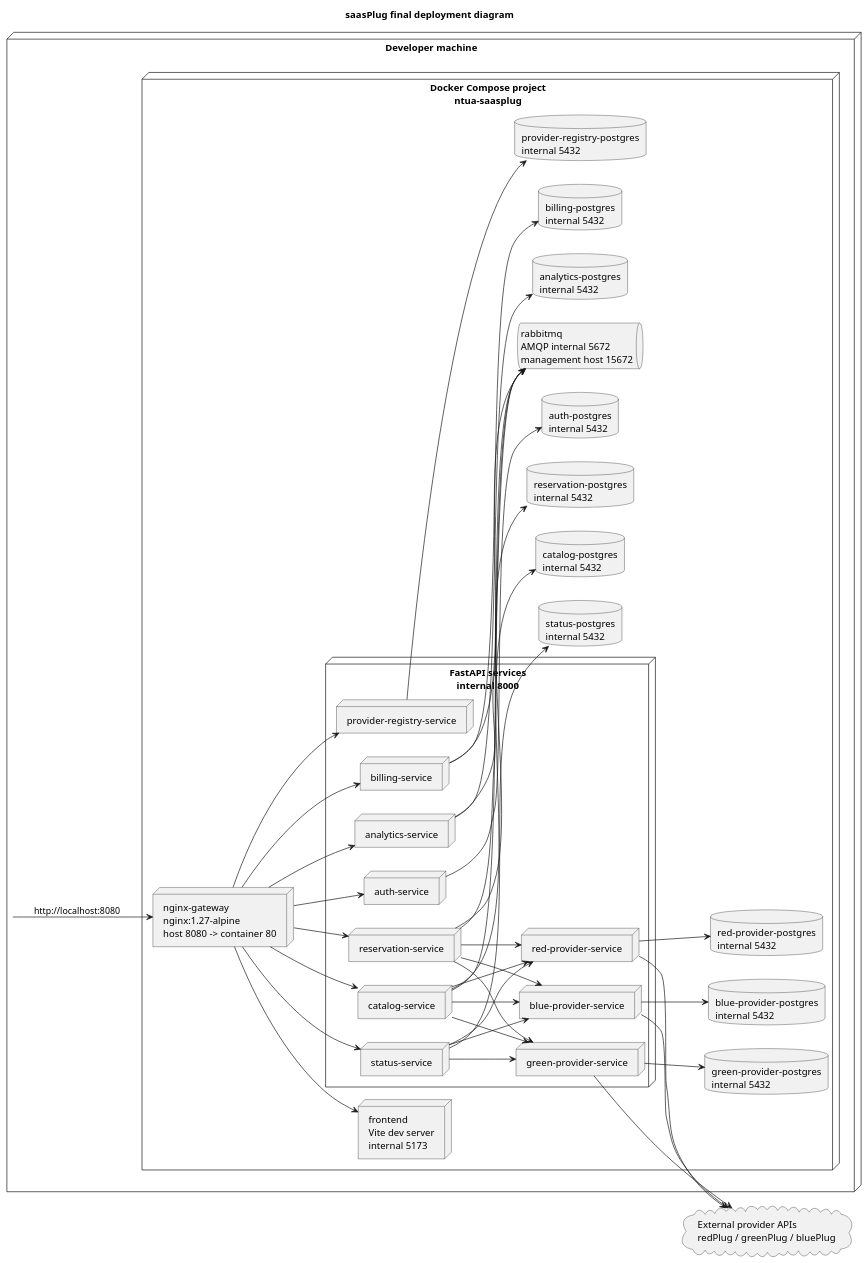
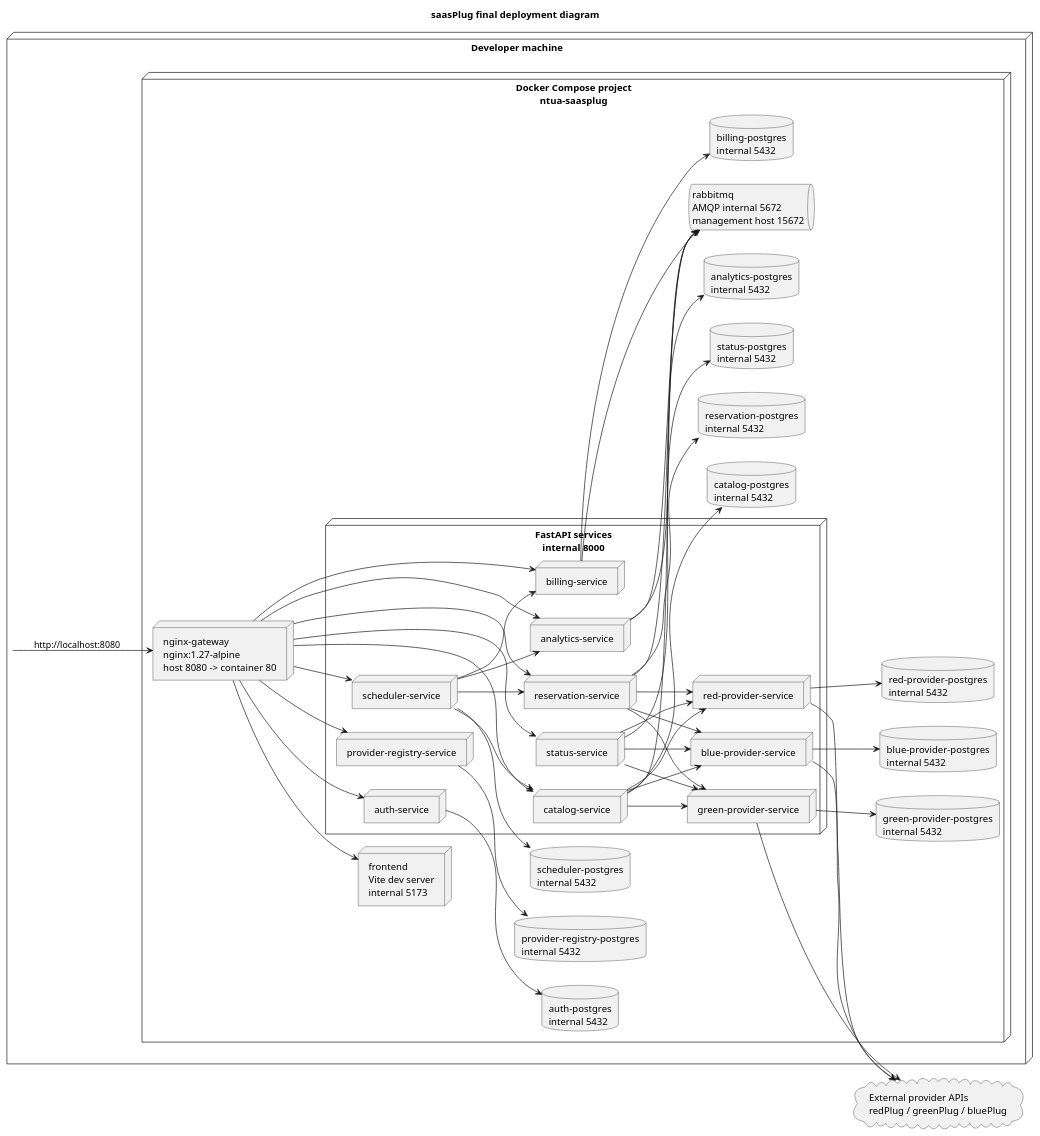
The diagram in docs/diagrams/final/deployment.puml (ntua-el21026/ntua-saasplug), drawn with PlantUML before and after one commit. The commit also changed 51 other files, not shown here.

```diff
--- a/docs/diagrams/final/deployment.puml
+++ b/docs/diagrams/final/deployment.puml
@@ -1,79 +1,87 @@
 @startuml
 title saasPlug final deployment diagram
 left to right direction
 
 node "Developer machine" as Host {
   node "Docker Compose project\nntua-saasplug" as Compose {
     node "nginx-gateway\nnginx:1.27-alpine\nhost 8080 -> container 80" as Gateway
     node "frontend\nVite dev server\ninternal 5173" as Frontend
 
     node "FastAPI services\ninternal 8000" as Services {
       node "auth-service" as Auth
       node "provider-registry-service" as Registry
       node "red-provider-service" as RedProvider
       node "green-provider-service" as GreenProvider
       node "blue-provider-service" as BlueProvider
       node "catalog-service" as Catalog
       node "status-service" as Status
       node "reservation-service" as Reservation
       node "analytics-service" as Analytics
       node "billing-service" as Billing
+      node "scheduler-service" as Scheduler
     }
 
     queue "rabbitmq\nAMQP internal 5672\nmanagement host 15672" as RabbitMQ
 
     database "auth-postgres\ninternal 5432" as AuthDb
     database "provider-registry-postgres\ninternal 5432" as RegistryDb
     database "red-provider-postgres\ninternal 5432" as RedDb
     database "green-provider-postgres\ninternal 5432" as GreenDb
     database "blue-provider-postgres\ninternal 5432" as BlueDb
     database "catalog-postgres\ninternal 5432" as CatalogDb
     database "status-postgres\ninternal 5432" as StatusDb
     database "reservation-postgres\ninternal 5432" as ReservationDb
     database "analytics-postgres\ninternal 5432" as AnalyticsDb
     database "billing-postgres\ninternal 5432" as BillingDb
+    database "scheduler-postgres\ninternal 5432" as SchedulerDb
   }
 }
 
 cloud "External provider APIs\nredPlug / greenPlug / bluePlug" as ProviderApis
 
 Host --> Gateway : http://localhost:8080
 Gateway --> Frontend
 Gateway --> Auth
 Gateway --> Registry
 Gateway --> Catalog
 Gateway --> Status
 Gateway --> Reservation
 Gateway --> Analytics
 Gateway --> Billing
+Gateway --> Scheduler
 
 Auth --> AuthDb
 Registry --> RegistryDb
 RedProvider --> RedDb
 GreenProvider --> GreenDb
 BlueProvider --> BlueDb
 Catalog --> CatalogDb
 Status --> StatusDb
 Reservation --> ReservationDb
 Analytics --> AnalyticsDb
 Billing --> BillingDb
+Scheduler --> SchedulerDb
 
 RedProvider --> ProviderApis
 GreenProvider --> ProviderApis
 BlueProvider --> ProviderApis
 Reservation --> RedProvider
 Reservation --> GreenProvider
 Reservation --> BlueProvider
 Status --> RedProvider
 Status --> GreenProvider
 Status --> BlueProvider
 Catalog --> RedProvider
 Catalog --> GreenProvider
 Catalog --> BlueProvider
+Scheduler --> Catalog
+Scheduler --> Analytics
+Scheduler --> Billing
+Scheduler --> Reservation
 
 Reservation --> RabbitMQ
 Catalog --> RabbitMQ
 Analytics --> RabbitMQ
 Billing --> RabbitMQ
 
 @enduml
```
